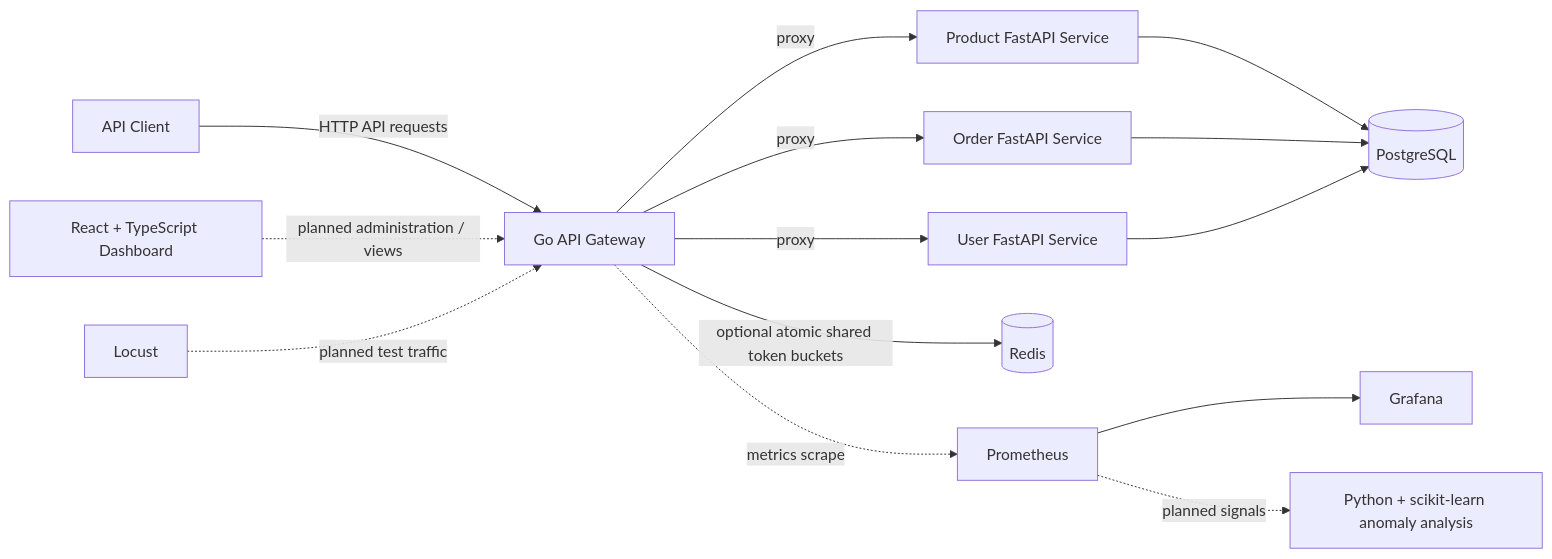
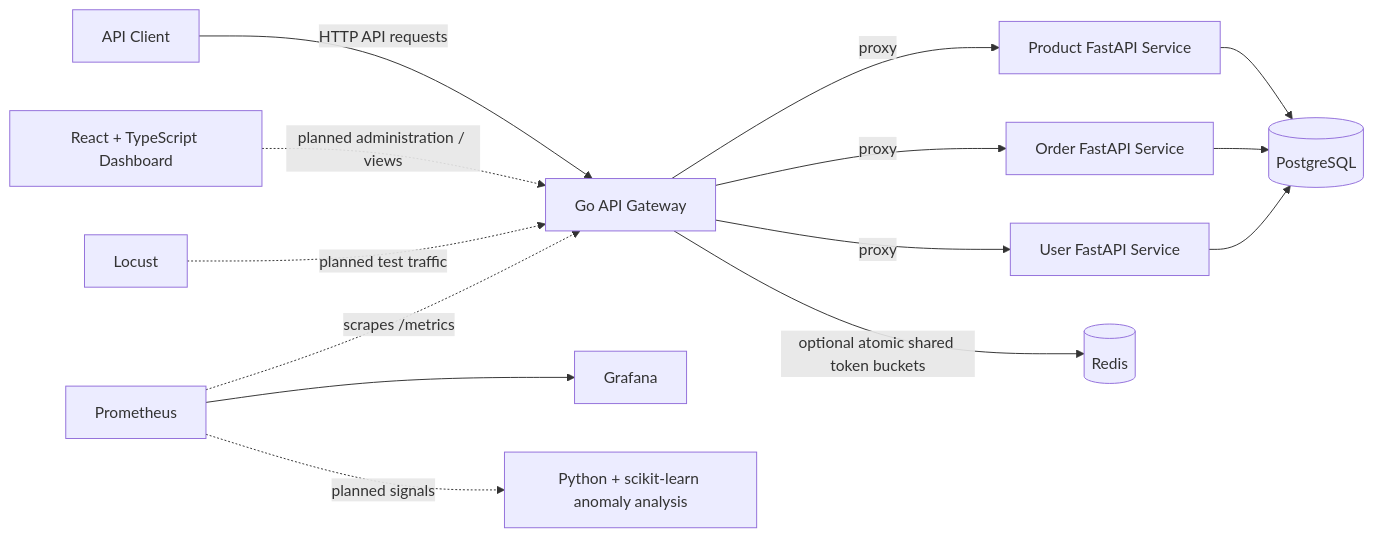
The first of 4 diagrams in ARCHITECTURE.md (Yushi7/IntelliGate), drawn with Mermaid before and after one commit. The commit also changed other lines of this file and 25 other files, not shown here.

````diff
--- a/ARCHITECTURE.md
+++ b/ARCHITECTURE.md
@@ -9,16 +9,16 @@
 ```mermaid
 flowchart LR
     Client[API Client] -->|HTTP API requests| Gateway[Go API Gateway]
     Dashboard[React + TypeScript Dashboard] -. planned administration / views .-> Gateway
     Gateway -->|proxy| Product[Product FastAPI Service]
     Gateway -->|proxy| Order[Order FastAPI Service]
     Gateway -->|proxy| User[User FastAPI Service]
     Gateway -->|optional atomic shared token buckets| Redis[(Redis)]
     Product --> PostgreSQL[(PostgreSQL)]
     Order --> PostgreSQL
     User --> PostgreSQL
-    Gateway -. metrics scrape .-> Prometheus[Prometheus]
+    Prometheus -. scrapes /metrics .-> Gateway
     Prometheus --> Grafana[Grafana]
     Locust[Locust] -. planned test traffic .-> Gateway
     Prometheus -. planned signals .-> Anomaly[Python + scikit-learn anomaly analysis]
 ```
````
